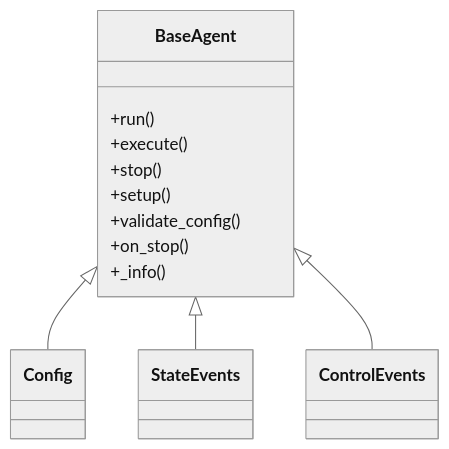
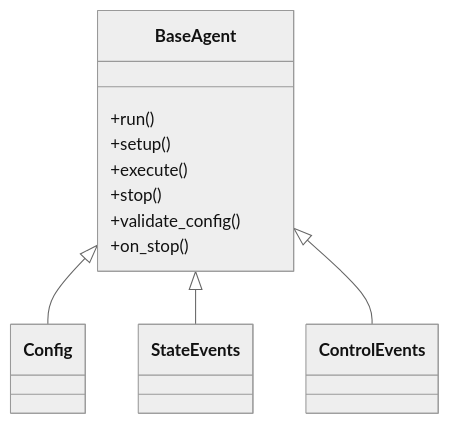
The diagram in docs/learn/agents/built-in-agents/baseagent.md (giulio333/PyOrchestrateDocumentation), drawn with Mermaid (neutral theme) before and after one commit. The commit also changed other lines of this file and 2 other files, not shown here.

````diff
--- a/docs/learn/agents/built-in-agents/baseagent.md
+++ b/docs/learn/agents/built-in-agents/baseagent.md
@@ -13,25 +34,24 @@
 ```mermaid
 classDiagram
     class BaseAgent {
         +run()
+        +setup()
         +execute()
         +stop()
-        +setup()
         +validate_config()
         +on_stop()
-        +_info()
     }
 
     class Config {
     }
 
     class StateEvents {
     }
 
     class ControlEvents {
     }
 
     BaseAgent <|-- Config
     BaseAgent <|-- StateEvents
     BaseAgent <|-- ControlEvents
 ```
````
